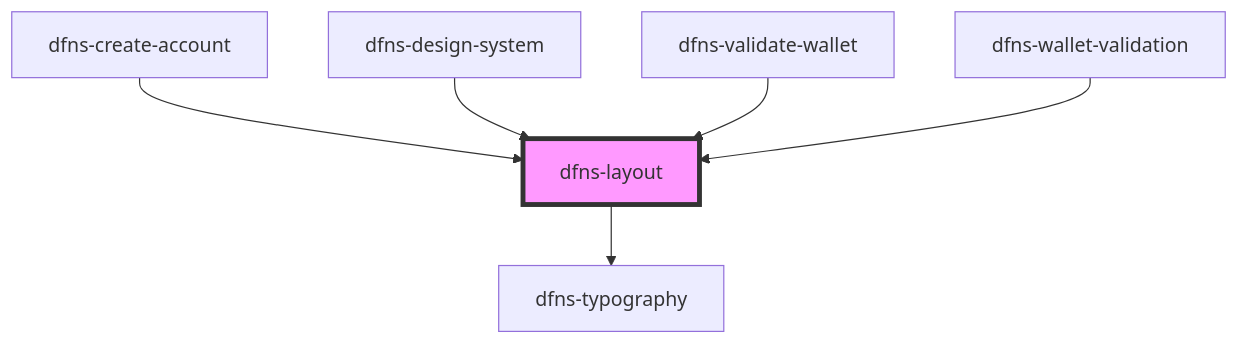
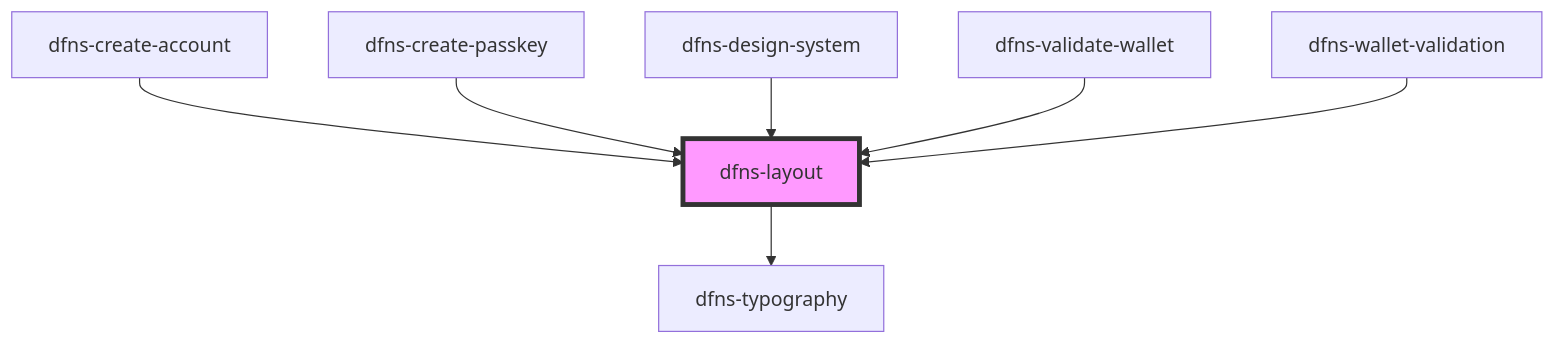
Before and after one commit to dfnsext/web-ui: the diagram in src/components/dfns-layout/readme.md, drawn with Mermaid. The commit also changed other lines of this file and 20 other files, not shown here.

Commit message:
Accor - create-passkey UI integration

````diff
--- a/src/components/dfns-layout/readme.md
+++ b/src/components/dfns-layout/readme.md
@@ -33,9 +34,10 @@
 ```mermaid
 graph TD;
   dfns-layout --> dfns-typography
   dfns-create-account --> dfns-layout
+  dfns-create-passkey --> dfns-layout
   dfns-design-system --> dfns-layout
   dfns-validate-wallet --> dfns-layout
   dfns-wallet-validation --> dfns-layout
   style dfns-layout fill:#f9f,stroke:#333,stroke-width:4px
 ```
````
